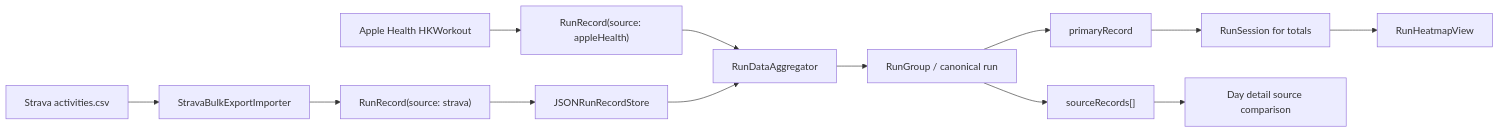
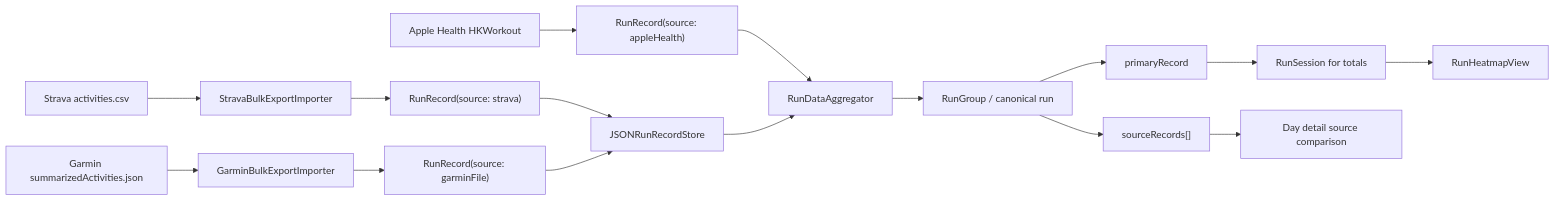
The first of 9 diagrams in multi_source_data_design.md (dseop/runheat), drawn with Mermaid before and after one commit. The commit also changed other lines of this file and 2 other files, not shown here.

````diff
--- a/multi_source_data_design.md
+++ b/multi_source_data_design.md
@@ -15,15 +15,18 @@
 ```mermaid
 flowchart LR
   AH["Apple Health HKWorkout"] --> AHR["RunRecord(source: appleHealth)"]
   CSV["Strava activities.csv"] --> SI["StravaBulkExportImporter"]
+  GJSON["Garmin summarizedActivities.json"] --> GI["GarminBulkExportImporter"]
   SI --> SR["RunRecord(source: strava)"]
+  GI --> GR["RunRecord(source: garminFile)"]
   SR --> STORE["JSONRunRecordStore"]
+  GR --> STORE
   AHR --> AGG["RunDataAggregator"]
   STORE --> AGG
   AGG --> GROUP["RunGroup / canonical run"]
   GROUP --> PRIMARY["primaryRecord"]
   GROUP --> SOURCES["sourceRecords[]"]
   PRIMARY --> RS["RunSession for totals"]
   RS --> UI["RunHeatmapView"]
   SOURCES --> DETAIL["Day detail source comparison"]
 ```
````
